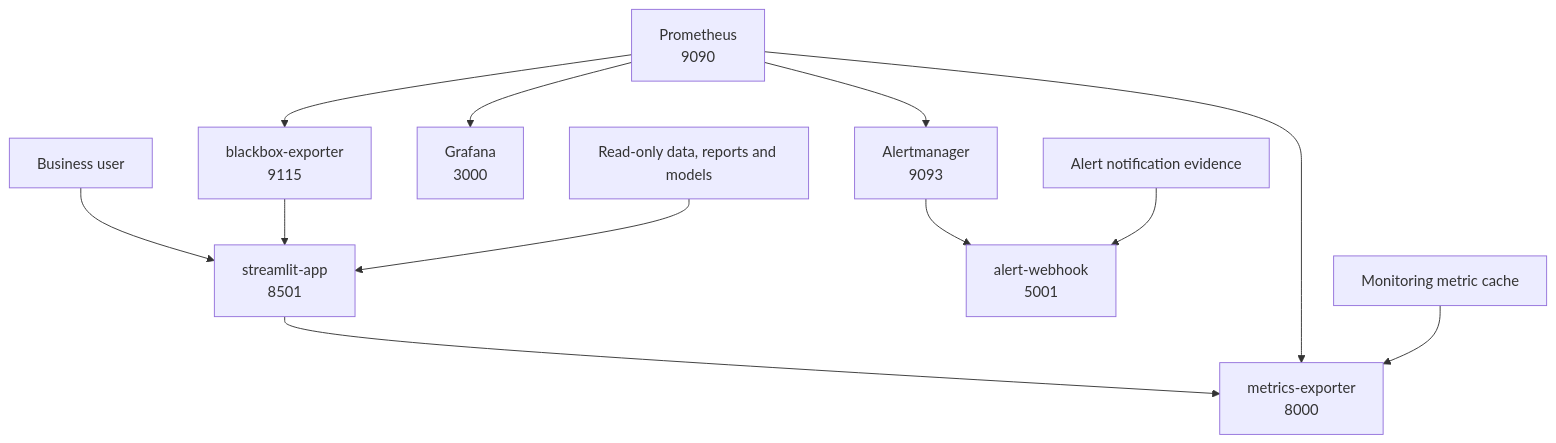
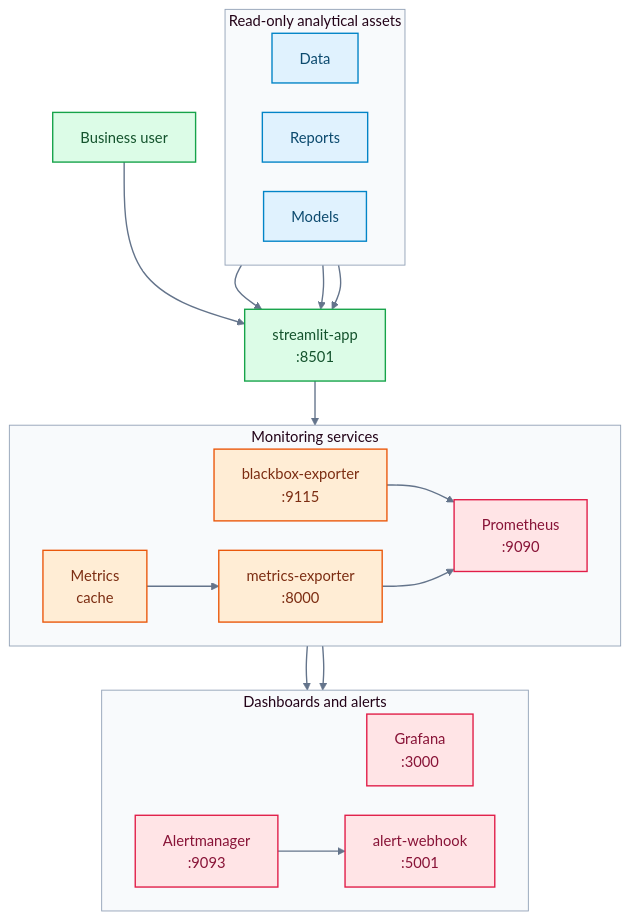
Diagram 13 of 15 in README.md (RuturajM31/E-Commerce-Conversion-Intelligence-Platform), drawn with Mermaid before and after one commit. The commit also changed other lines of this file, not shown here.

Commit message:
docs: polish README diagrams and visual design

````diff
--- a/README.md
+++ b/README.md
@@ -574,17 +788,45 @@
 ```mermaid
+%%{init: {"theme":"base","flowchart":{"curve":"basis","htmlLabels":true,"nodeSpacing":32,"rankSpacing":48},"themeVariables":{"fontFamily":"Inter,Segoe UI,Arial,sans-serif","fontSize":"16px","primaryColor":"#E0F2FE","primaryTextColor":"#0F172A","primaryBorderColor":"#0284C7","lineColor":"#64748B","secondaryColor":"#EDE9FE","tertiaryColor":"#DCFCE7","clusterBkg":"#F8FAFC","clusterBorder":"#94A3B8","edgeLabelBackground":"#FFFFFF"}}}%%
 flowchart TB
-    USER["Business user"] --> APP["streamlit-app<br/>8501"]
-    APP --> EXPORTER["metrics-exporter<br/>8000"]
+    USER["Business user"]:::business --> APP["streamlit-app<br/>:8501"]:::business
 
-    PROM["Prometheus<br/>9090"] --> EXPORTER
-    PROM --> BLACKBOX["blackbox-exporter<br/>9115"]
-    BLACKBOX --> APP
+    subgraph DATA["Read-only analytical assets"]
+        direction LR
+        D1["Data"]:::data
+        D2["Reports"]:::data
+        D3["Models"]:::data
+    end
 
-    PROM --> GRAFANA["Grafana<br/>3000"]
-    PROM --> ALERTMANAGER["Alertmanager<br/>9093"]
-    ALERTMANAGER --> WEBHOOK["alert-webhook<br/>5001"]
+    subgraph METRICS["Monitoring services"]
+        direction LR
+        CACHE["Metrics<br/>cache"]:::ops --> EXPORTER["metrics-exporter<br/>:8000"]:::ops
+        BLACKBOX["blackbox-exporter<br/>:9115"]:::ops
+        PROM["Prometheus<br/>:9090"]:::monitor
+    end
 
-    DATA["Read-only data, reports and models"] --> APP
-    CACHE["Monitoring metric cache"] --> EXPORTER
-    NOTIFICATIONS["Alert notification evidence"] --> WEBHOOK
+    subgraph RESPONSE["Dashboards and alerts"]
+        direction LR
+        GRAFANA["Grafana<br/>:3000"]:::monitor
+        ALERTMANAGER["Alertmanager<br/>:9093"]:::monitor
+        WEBHOOK["alert-webhook<br/>:5001"]:::monitor
+    end
+
+    D1 --> APP
+    D2 --> APP
+    D3 --> APP
+    APP --> BLACKBOX
+    BLACKBOX --> PROM
+    EXPORTER --> PROM
+    PROM --> GRAFANA
+    PROM --> ALERTMANAGER
+    ALERTMANAGER --> WEBHOOK
+
+classDef data fill:#E0F2FE,stroke:#0284C7,color:#0C4A6E,stroke-width:1.5px;
+    classDef ml fill:#EDE9FE,stroke:#7C3AED,color:#4C1D95,stroke-width:1.5px;
+    classDef business fill:#DCFCE7,stroke:#16A34A,color:#14532D,stroke-width:1.5px;
+    classDef ops fill:#FFEDD5,stroke:#EA580C,color:#7C2D12,stroke-width:1.5px;
+    classDef monitor fill:#FFE4E6,stroke:#E11D48,color:#881337,stroke-width:1.5px;
+    classDef platform fill:#F1F5F9,stroke:#64748B,color:#1E293B,stroke-width:1.5px;
+    classDef decision fill:#FEF3C7,stroke:#D97706,color:#78350F,stroke-width:1.5px;
+    linkStyle default stroke:#64748B,stroke-width:1.5px;
 ```
````
